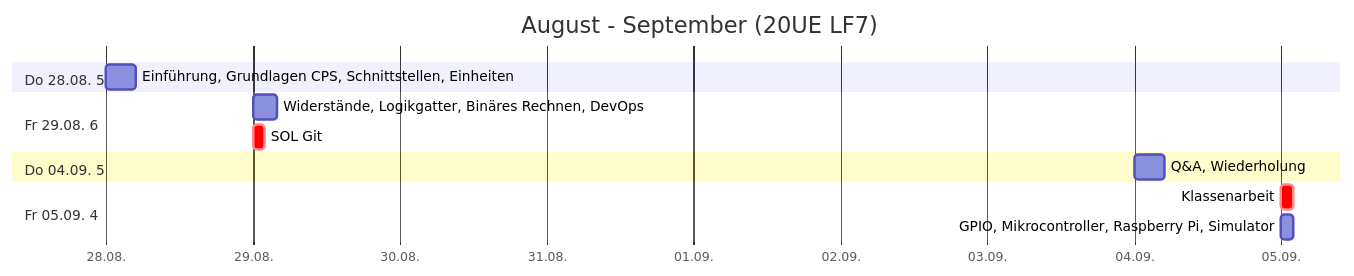
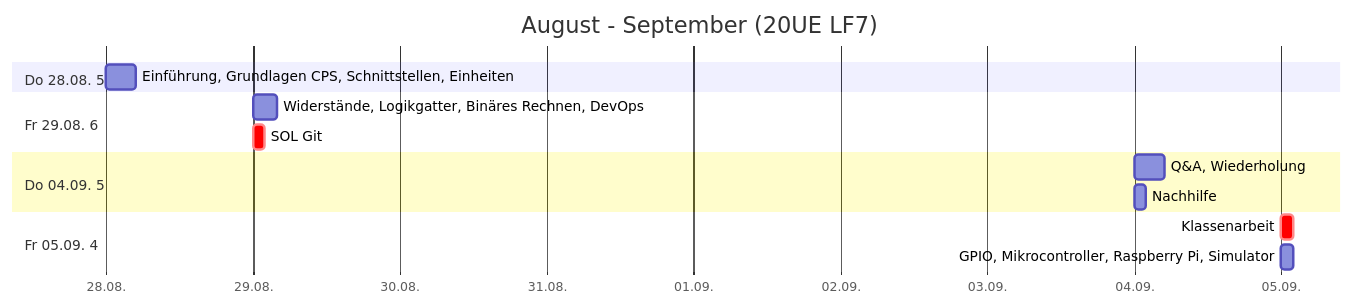
Before and after one commit to jonasnemeth/LF7: the first of 6 diagrams in src/plan.md, drawn with Mermaid. The commit also changed other lines of this file and 1 other file, not shown here.

````diff
--- a/src/plan.md
+++ b/src/plan.md
@@ -5,16 +5,17 @@
 ```mermaid
 gantt
  title August - September (20UE LF7)
  dateFormat YYYY-MM-DD
  axisFormat %d.%m.
  section Do 28.08. 5
   Einführung, Grundlagen CPS, Schnittstellen, Einheiten  :2025-08-28, 5h
  section Fr 29.08. 6
   Widerstände, Logikgatter, Binäres Rechnen, DevOps  :2025-08-29, 4h
   SOL Git                     :crit, 2025-08-29, 2h
  section Do 04.09. 5
   Q&A, Wiederholung           :2025-09-04, 5h
+  Nachhilfe                   :2025-09-04, 2h
  section Fr 05.09. 4
   Klassenarbeit               :crit, 2025-09-05, 2h
   GPIO, Mikrocontroller, Raspberry Pi, Simulator  :2025-09-05, 2h
 ```
````
